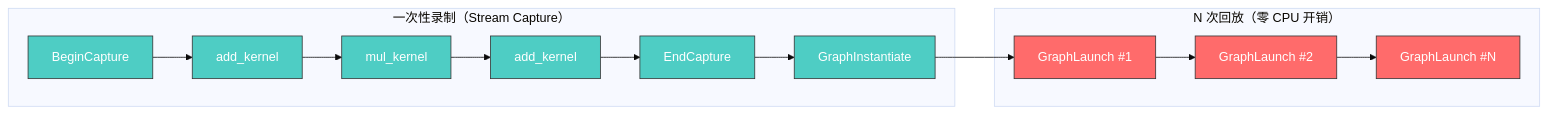
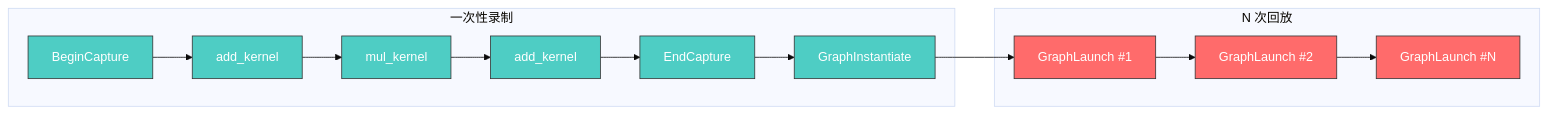
Before and after one commit to psmarter/CUDA-Practice: the second of 3 diagrams in Blogs/08_Advanced_CUDAGraphs_Streams_Extensions.md, drawn with Mermaid (base theme). The commit also changed other lines of this file and 28 other files, not shown here.

````diff
--- a/Blogs/08_Advanced_CUDAGraphs_Streams_Extensions.md
+++ b/Blogs/08_Advanced_CUDAGraphs_Streams_Extensions.md
@@ -79,19 +79,19 @@
 ```mermaid
 graph LR
     classDef capture fill:#4ecdc4,stroke:#333,color:#fff;
     classDef replay fill:#ff6b6b,stroke:#333,color:#fff;
 
-    subgraph "一次性录制（Stream Capture）"
+    subgraph "一次性录制"
         BC[BeginCapture]:::capture --> K1["add_kernel"]:::capture
         K1 --> K2["mul_kernel"]:::capture
         K2 --> K3["add_kernel"]:::capture
         K3 --> EC[EndCapture]:::capture
         EC --> GI[GraphInstantiate]:::capture
     end
 
-    subgraph "N 次回放（零 CPU 开销）"
+    subgraph "N 次回放"
         GI --> GL1["GraphLaunch #1"]:::replay
         GL1 --> GL2["GraphLaunch #2"]:::replay
         GL2 --> GLN["GraphLaunch #N"]:::replay
     end
 ```
````
